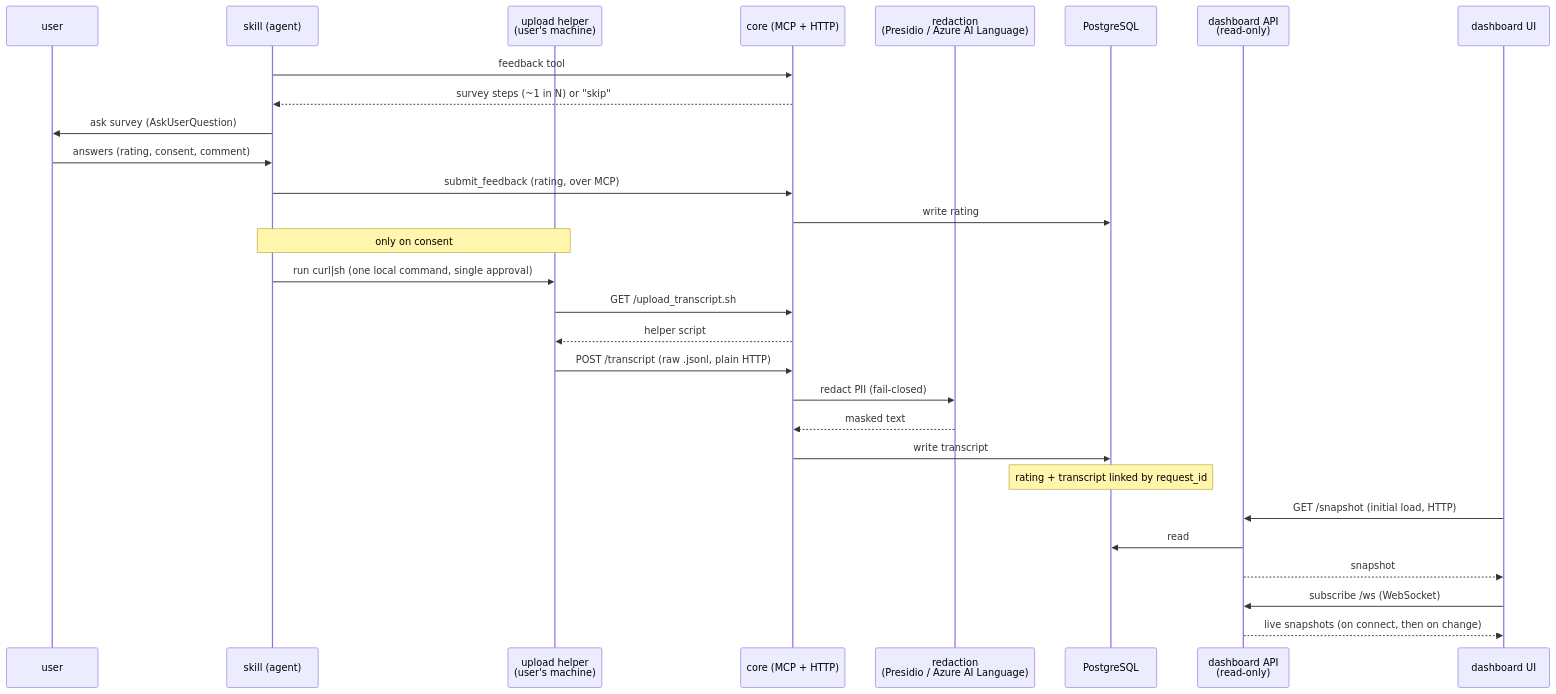
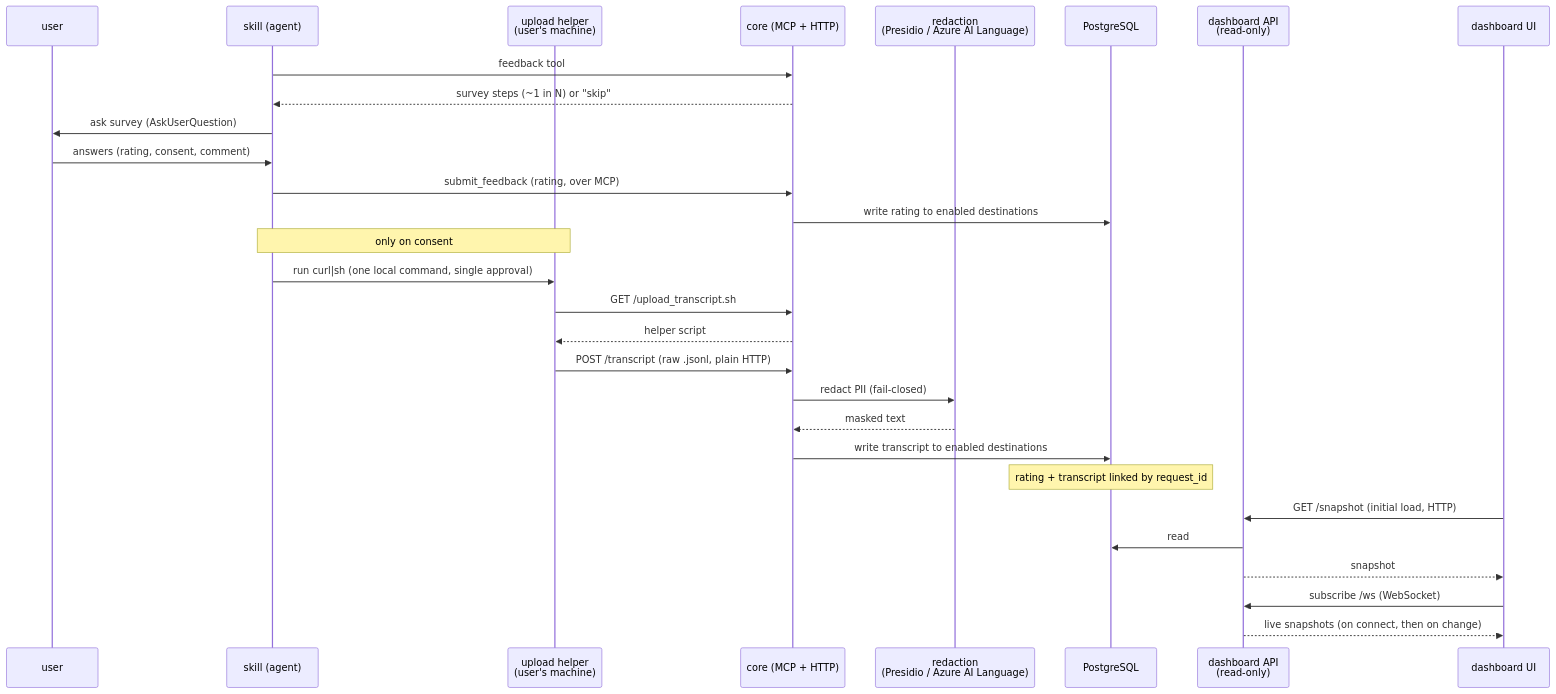
Before and after one commit to HikmetB1/RateXp: the diagram in README.md, drawn with Mermaid. The commit also changed other lines of this file and 30 other files, not shown here.

````diff
--- a/README.md
+++ b/README.md
@@ -59,34 +60,34 @@
 ```mermaid
 sequenceDiagram
     participant U as user
     participant S as skill (agent)
     participant H as upload helper<br/>(user's machine)
     participant C as core (MCP + HTTP)
     participant R as redaction<br/>(Presidio / Azure AI Language)
     participant DB as PostgreSQL
     participant A as dashboard API<br/>(read-only)
     participant D as dashboard UI
 
     S->>C: feedback tool
     C-->>S: survey steps (~1 in N) or "skip"
     S->>U: ask survey (AskUserQuestion)
     U->>S: answers (rating, consent, comment)
     S->>C: submit_feedback (rating, over MCP)
-    C->>DB: write rating
+    C->>DB: write rating to enabled destinations
 
     Note over S,H: only on consent
     S->>H: run curl|sh (one local command, single approval)
     H->>C: GET /upload_transcript.sh
     C-->>H: helper script
     H->>C: POST /transcript (raw .jsonl, plain HTTP)
     C->>R: redact PII (fail-closed)
     R-->>C: masked text
-    C->>DB: write transcript
+    C->>DB: write transcript to enabled destinations
     Note over DB: rating + transcript linked by request_id
 
     D->>A: GET /snapshot (initial load, HTTP)
     A->>DB: read
     A-->>D: snapshot
     D->>A: subscribe /ws (WebSocket)
     A-->>D: live snapshots (on connect, then on change)
 ```
````
